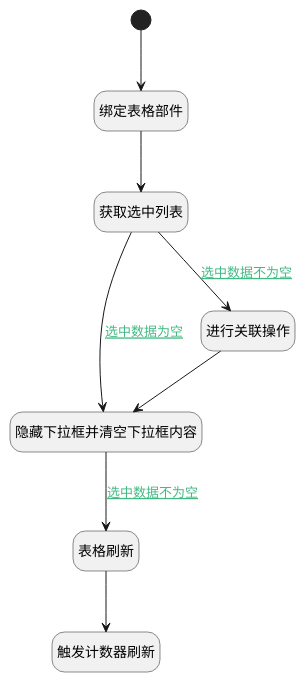
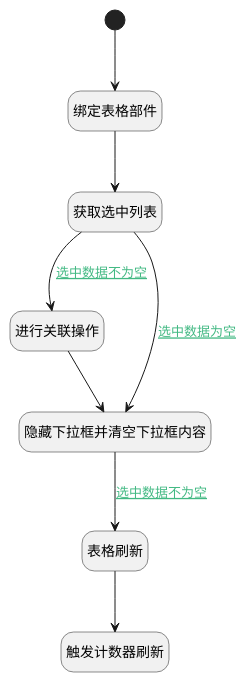
One commit to iBizLab/plm changed the diagram in doc/docsify/module/ProdMgmt/ticket/uilogic/idea_relation_ticket.md. Above: the diagram before and after it, drawn with PlantUML. The commit also changed other lines of this file and 1473 other files, not shown here.

````diff
--- a/doc/docsify/module/ProdMgmt/ticket/uilogic/idea_relation_ticket.md
+++ b/doc/docsify/module/ProdMgmt/ticket/uilogic/idea_relation_ticket.md
@@ -7,30 +7,30 @@
 ```plantuml
 @startuml
 hide footbox
 <style>
 root {
   HyperlinkColor #42b983
 }
 </style>
 
 hide empty description
 state "开始" as Begin <<start>> [[$./idea_relation_ticket#begin {开始}]]
+state "进行关联操作" as DEACTION1  [[$./idea_relation_ticket#deaction1 {进行关联操作}]]
+state "绑定表格部件" as PREPAREJSPARAM1  [[$./idea_relation_ticket#preparejsparam1 {绑定表格部件}]]
+state "隐藏下拉框并清空下拉框内容" as RAWJSCODE1  [[$./idea_relation_ticket#rawjscode1 {隐藏下拉框并清空下拉框内容}]]
 state "触发计数器刷新" as RAWJSCODE3  [[$./idea_relation_ticket#rawjscode3 {触发计数器刷新}]]
 state "表格刷新" as VIEWCTRLINVOKE1  [[$./idea_relation_ticket#viewctrlinvoke1 {表格刷新}]]
-state "隐藏下拉框并清空下拉框内容" as RAWJSCODE1  [[$./idea_relation_ticket#rawjscode1 {隐藏下拉框并清空下拉框内容}]]
-state "进行关联操作" as DEACTION1  [[$./idea_relation_ticket#deaction1 {进行关联操作}]]
 state "获取选中列表" as RAWJSCODE2  [[$./idea_relation_ticket#rawjscode2 {获取选中列表}]]
-state "绑定表格部件" as PREPAREJSPARAM1  [[$./idea_relation_ticket#preparejsparam1 {绑定表格部件}]]
 
 
 Begin --> PREPAREJSPARAM1
 PREPAREJSPARAM1 --> RAWJSCODE2
 RAWJSCODE2 --> DEACTION1 : [[$./idea_relation_ticket#rawjscode2-deaction1{选中数据不为空} 选中数据不为空]]
 DEACTION1 --> RAWJSCODE1
 RAWJSCODE1 --> VIEWCTRLINVOKE1 : [[$./idea_relation_ticket#rawjscode1-viewctrlinvoke1{选中数据不为空} 选中数据不为空]]
 VIEWCTRLINVOKE1 --> RAWJSCODE3
 RAWJSCODE2 --> RAWJSCODE1 : [[$./idea_relation_ticket#rawjscode2-rawjscode1{选中数据为空} 选中数据为空]]
 
 
 @enduml
 ```
````
